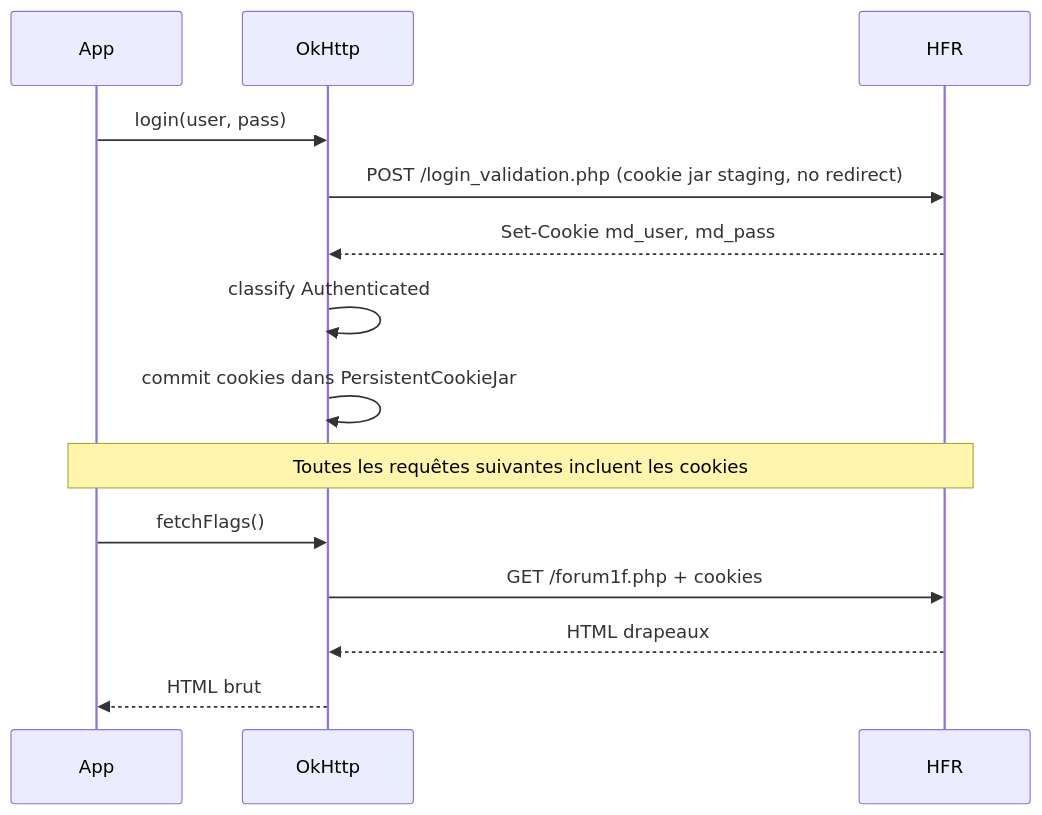
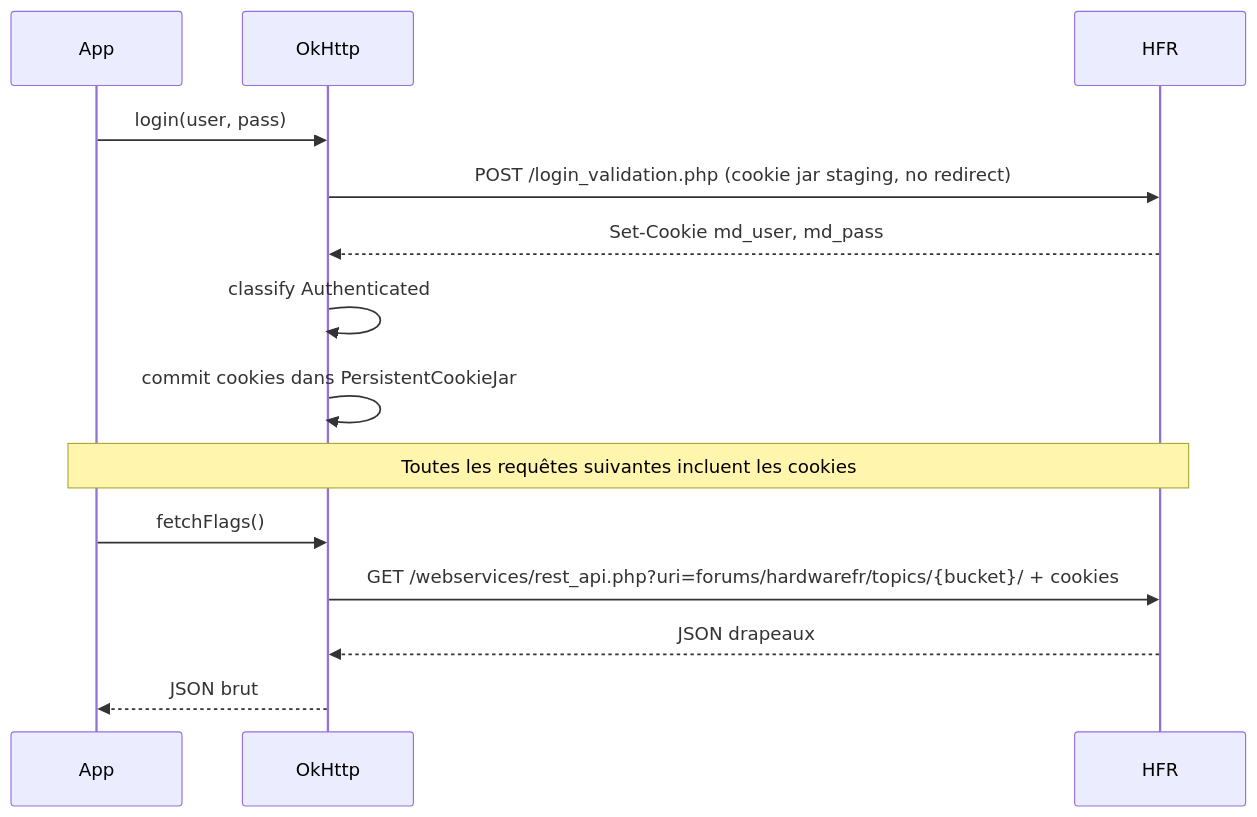
The third of 3 diagrams in docs/specs/architecture.md (ForumHFR/redface2), drawn with Mermaid before and after one commit. The commit also changed other lines of this file and 28 other files, not shown here.

First line of the commit message:
feat(flags): Phase 1D-1 — drapeaux REST (#110)

````diff
--- a/docs/specs/architecture.md
+++ b/docs/specs/architecture.md
@@ -385,19 +383,19 @@
 ```mermaid
 sequenceDiagram
     participant App
     participant OkHttp
     participant HFR
 
     App->>OkHttp: login(user, pass)
     OkHttp->>HFR: POST /login_validation.php (cookie jar staging, no redirect)
     HFR-->>OkHttp: Set-Cookie md_user, md_pass
     OkHttp->>OkHttp: classify Authenticated
     OkHttp->>OkHttp: commit cookies dans PersistentCookieJar
 
     Note over App,HFR: Toutes les requêtes suivantes incluent les cookies
 
     App->>OkHttp: fetchFlags()
-    OkHttp->>HFR: GET /forum1f.php + cookies
-    HFR-->>OkHttp: HTML drapeaux
-    OkHttp-->>App: HTML brut
+    OkHttp->>HFR: GET /webservices/rest_api.php?uri=forums/hardwarefr/topics/{bucket}/ + cookies
+    HFR-->>OkHttp: JSON drapeaux
+    OkHttp-->>App: JSON brut
 ```
````
